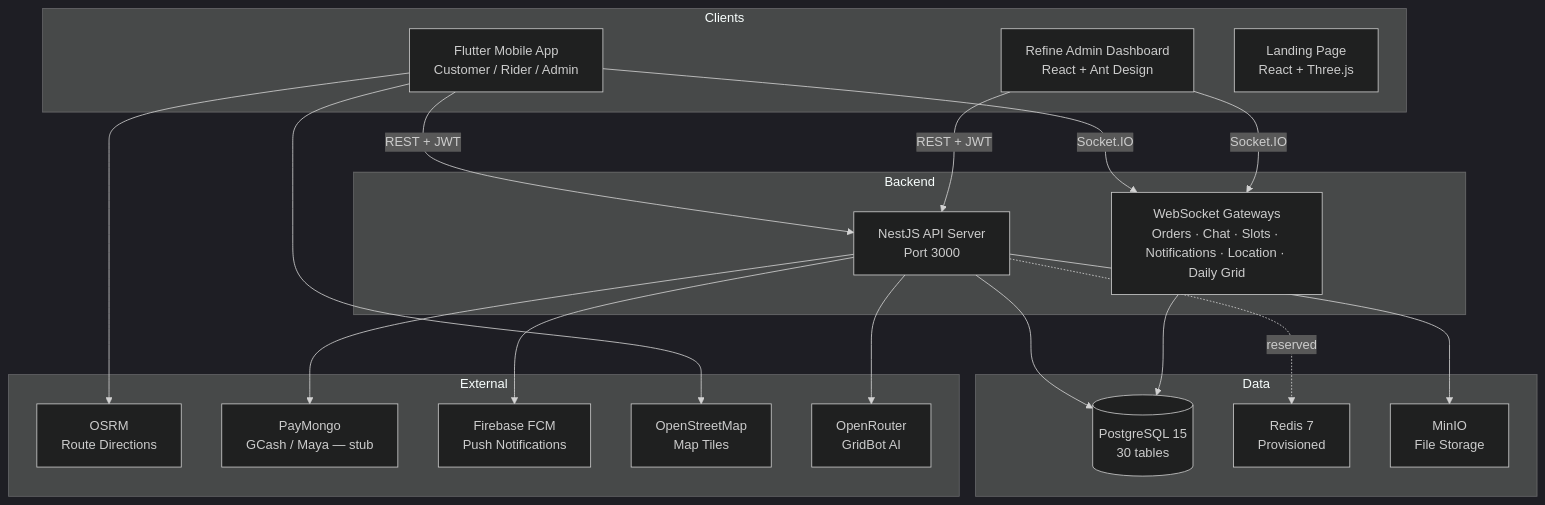
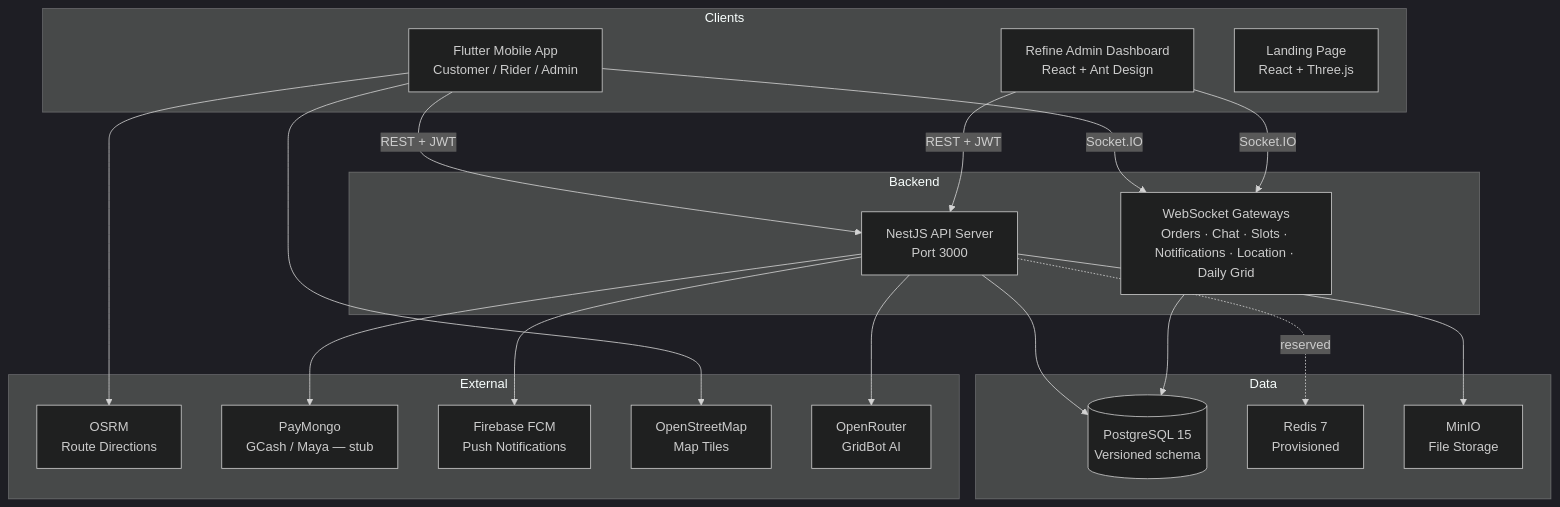
The first of 3 diagrams in README.md (rqms40/printing_app), drawn with Mermaid (dark theme) before and after one commit. The commit also changed other lines of this file and 14 other files, not shown here.

````diff
--- a/README.md
+++ b/README.md
@@ -15,41 +15,41 @@
 ```mermaid
 graph TB
     subgraph Clients
         A[Flutter Mobile App<br/>Customer / Rider / Admin]
         AA[Refine Admin Dashboard<br/>React + Ant Design]
         LP[Landing Page<br/>React + Three.js]
     end
 
     subgraph Backend
         C[NestJS API Server<br/>Port 3000]
         D[WebSocket Gateways<br/>Orders · Chat · Slots · Notifications · Location · Daily Grid]
     end
 
     subgraph Data
-        E[(PostgreSQL 15<br/>30 tables)]
+        E[(PostgreSQL 15<br/>Versioned schema)]
         F[Redis 7<br/>Provisioned]
         G[MinIO<br/>File Storage]
     end
 
     subgraph External
         H[OSRM<br/>Route Directions]
         I[PayMongo<br/>GCash / Maya — stub]
         J[Firebase FCM<br/>Push Notifications]
         K[OpenStreetMap<br/>Map Tiles]
         L[OpenRouter<br/>GridBot AI]
     end
 
     A -->|REST + JWT| C
     A -->|Socket.IO| D
     AA -->|REST + JWT| C
     AA -->|Socket.IO| D
     C --> E
     C -.->|reserved| F
     C --> G
     D --> E
     A --> H
     A --> K
     C --> I
     C --> J
     C --> L
 ```
````
